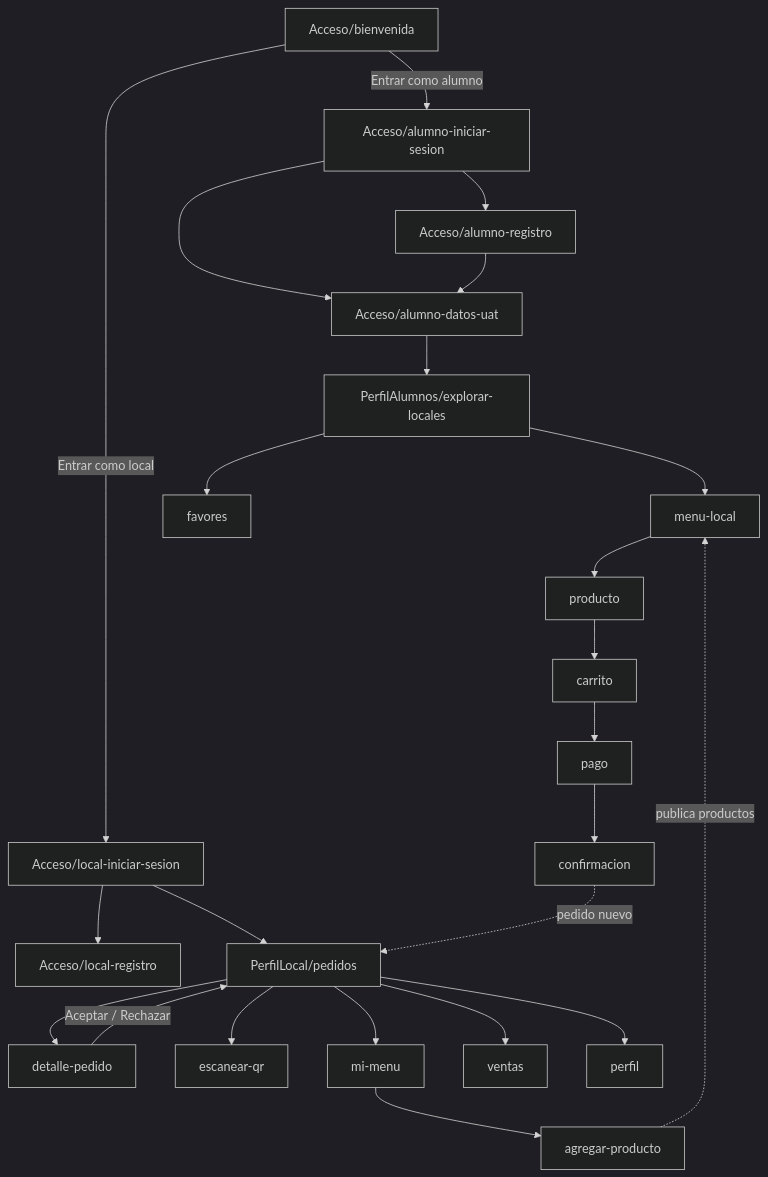
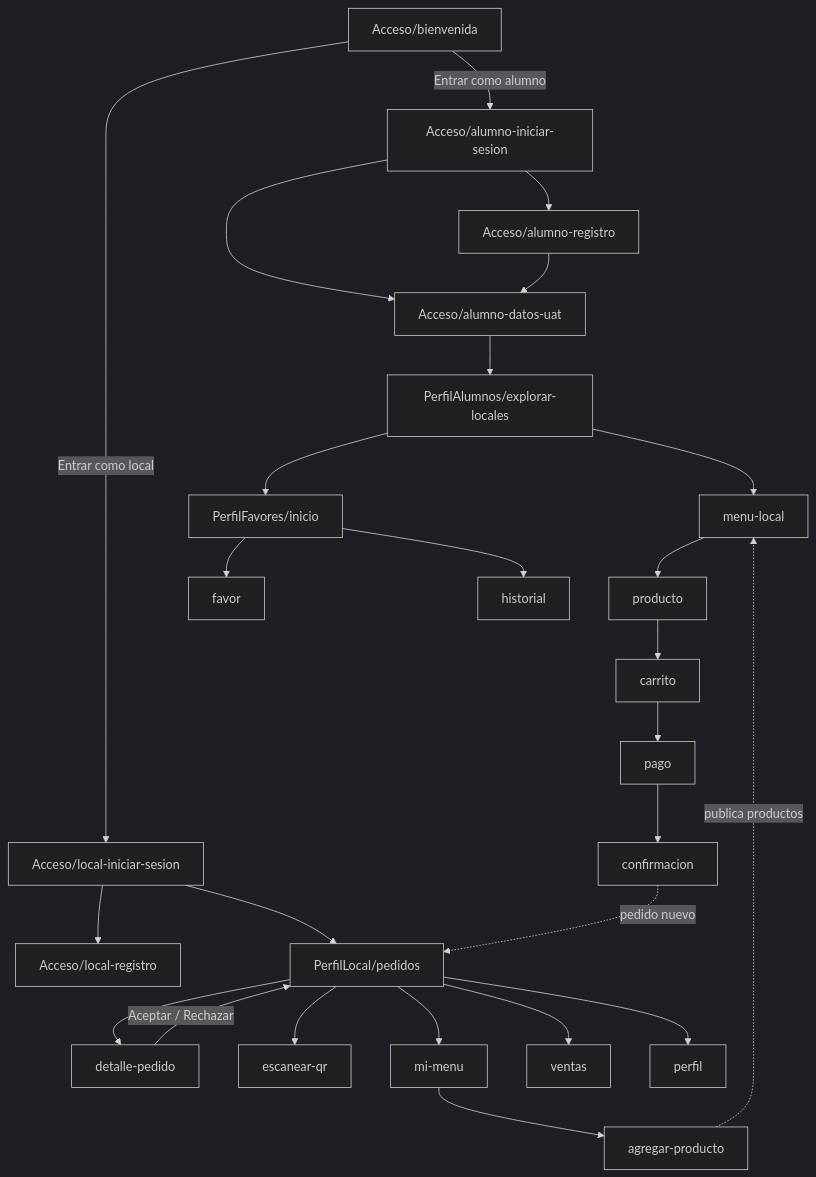
One commit to jefth1/Pick-Up-UAT changed the diagram in docs/diagrama.md. Above: the diagram before and after it, drawn with Mermaid (dark theme). The commit also changed other lines of this file and 10 other files, not shown here.

````diff
--- a/docs/diagrama.md
+++ b/docs/diagrama.md
@@ -5,24 +5,25 @@
 ```mermaid
 flowchart TD
   B[Acceso/bienvenida] -->|Entrar como alumno| AS[Acceso/alumno-iniciar-sesion]
   AS --> AR[Acceso/alumno-registro]
   AS --> D[Acceso/alumno-datos-uat]
   AR --> D
   B -->|Entrar como local| LS[Acceso/local-iniciar-sesion]
   LS --> LR[Acceso/local-registro]
 
   D --> E[PerfilAlumnos/explorar-locales]
   E --> M[menu-local] --> P[producto] --> C[carrito] --> PG[pago] --> CF[confirmacion]
-  E --> FV[favores]
+  E --> FV[PerfilFavores/inicio] --> FF[favor]
+  FV --> FH[historial]
 
   LS --> PD[PerfilLocal/pedidos]
   PD --> DP[detalle-pedido]
   DP -->|Aceptar / Rechazar| PD
   PD --> QR[escanear-qr]
   PD --> MM[mi-menu] --> AP[agregar-producto]
   PD --> V[ventas]
   PD --> PF[perfil]
 
   AP -. publica productos .-> M
   CF -. pedido nuevo .-> PD
 ```
````
